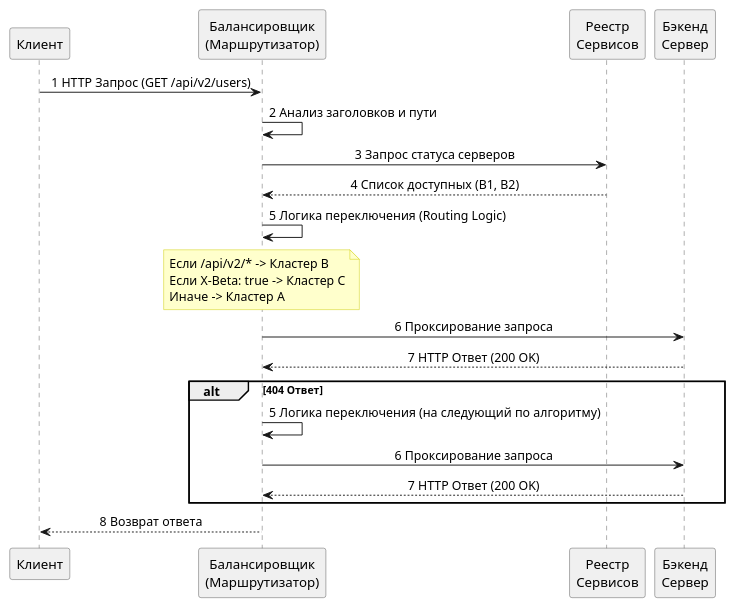
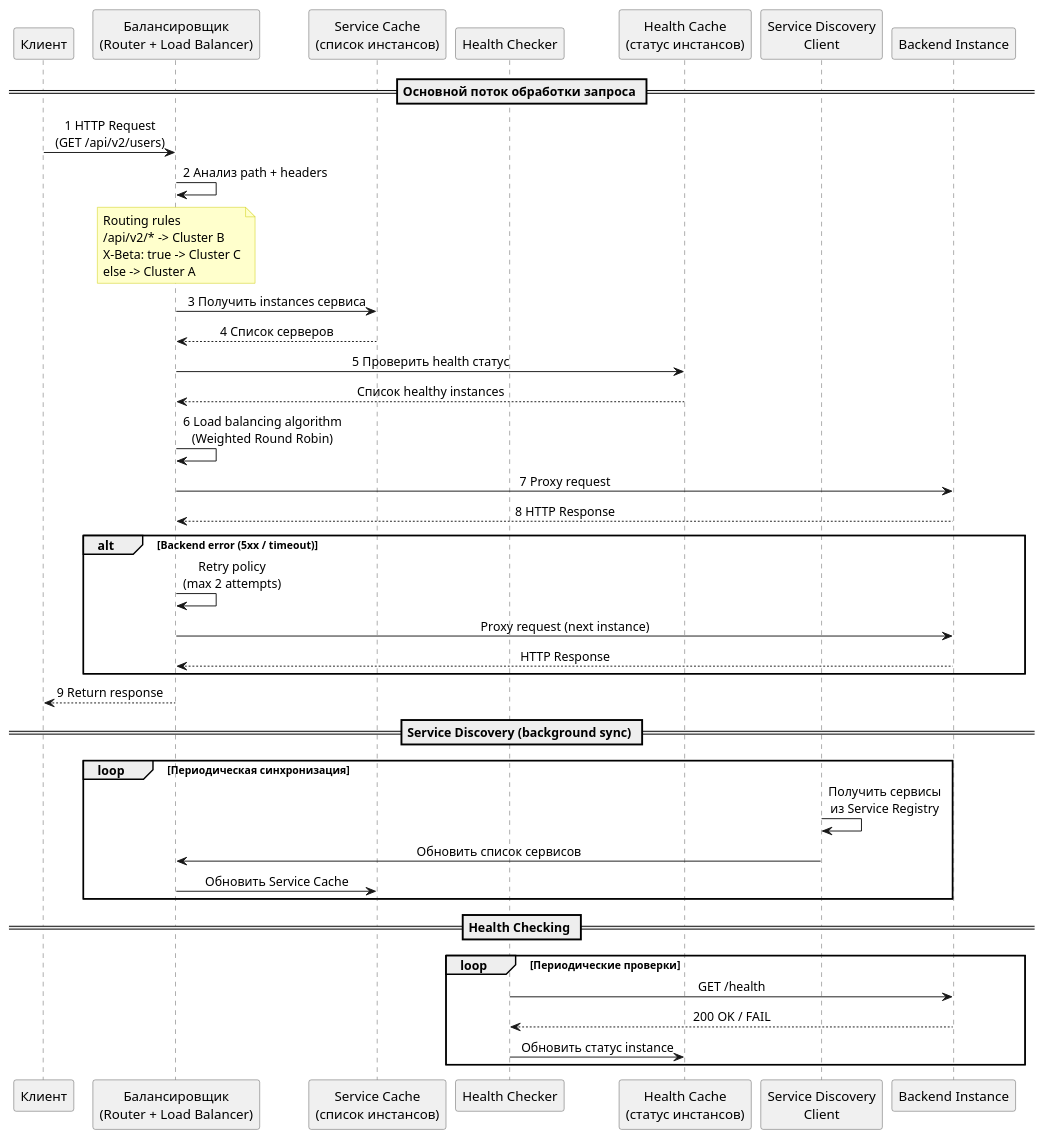
Before and after one commit to emiliyameow/load_balancer_project: the diagram in docs/sequence_diagram.puml, drawn with PlantUML.

Commit message:
BN-6 update

```diff
--- a/docs/sequence_diagram.puml
+++ b/docs/sequence_diagram.puml
@@ -1,45 +1,76 @@
 @startuml
 
 skinparam sequenceMessageAlign center
 skinparam responseMessageBelowArrow true
 skinparam defaultFontName Arial
 skinparam backgroundColor white
 skinparam sequenceLifeLineBorderColor #555
 skinparam sequenceParticipantBorderColor #555
 skinparam sequenceParticipantBackgroundColor #F0F0F0
 skinparam noteBackgroundColor #FFFFCC
 skinparam noteBorderColor #CCCC00
 
 participant "Клиент" as Client
-participant "Балансировщик\n(Маршрутизатор)" as LB
-participant "Реестр\nСервисов" as Registry
-participant "Бэкенд\nСервер" as Backend
+participant "Балансировщик\n(Router + Load Balancer)" as LB
+participant "Service Cache\n(список инстансов)" as SC
+participant "Health Checker" as HC
 
-Client -> LB : 1 HTTP Запрос (GET /api/v2/users)
+participant "Health Cache\n(статус инстансов)" as HCACHE
+participant "Service Discovery\nClient" as SD
+participant "Backend Instance" as Backend
 
-LB -> LB : 2 Анализ заголовков и пути
 
-LB -> Registry : 3 Запрос статуса серверов
-Registry --> LB : 4 Список доступных (В1, В2)
 
-LB -> LB : 5 Логика переключения (Routing Logic)
+
+
+== Основной поток обработки запроса ==
+
+Client -> LB : 1 HTTP Request\n(GET /api/v2/users)
+
+LB -> LB : 2 Анализ path + headers
 
 note over LB
-  Если /api/v2/* -> Кластер В
-  Если X-Beta: true -> Кластер С
-  Иначе -> Кластер А
+Routing rules
+/api/v2/* -> Cluster B
+X-Beta: true -> Cluster C
+else -> Cluster A
 end note
 
-LB -> Backend : 6 Проксирование запроса
-Backend --> LB : 7 HTTP Ответ (200 OK)
+LB -> SC : 3 Получить instances сервиса
+SC --> LB : 4 Список серверов
 
-alt 404 Ответ
-    LB -> LB : 5 Логика переключения (на следующий по алгоритму)
-    LB -> Backend : 6 Проксирование запроса
-Backend --> LB : 7 HTTP Ответ (200 OK)
+LB -> HCACHE : 5 Проверить health статус
+HCACHE --> LB : Список healthy instances
+
+LB -> LB : 6 Load balancing algorithm\n(Weighted Round Robin)
+
+LB -> Backend : 7 Proxy request
+Backend --> LB : 8 HTTP Response
+
+alt Backend error (5xx / timeout)
+    LB -> LB : Retry policy\n(max 2 attempts)
+    LB -> Backend : Proxy request (next instance)
+    Backend --> LB : HTTP Response
 end
 
- 
-LB --> Client : 8 Возврат ответа
+LB --> Client : 9 Return response
+
+
+== Service Discovery (background sync) ==
+
+loop Периодическая синхронизация
+    SD -> SD : Получить сервисы\nиз Service Registry
+    SD -> LB : Обновить список сервисов
+    LB -> SC : Обновить Service Cache
+end
+
+
+== Health Checking ==
+
+loop Периодические проверки
+    HC -> Backend : GET /health
+    Backend --> HC : 200 OK / FAIL
+    HC -> HCACHE : Обновить статус instance
+end
 
 @enduml
```
